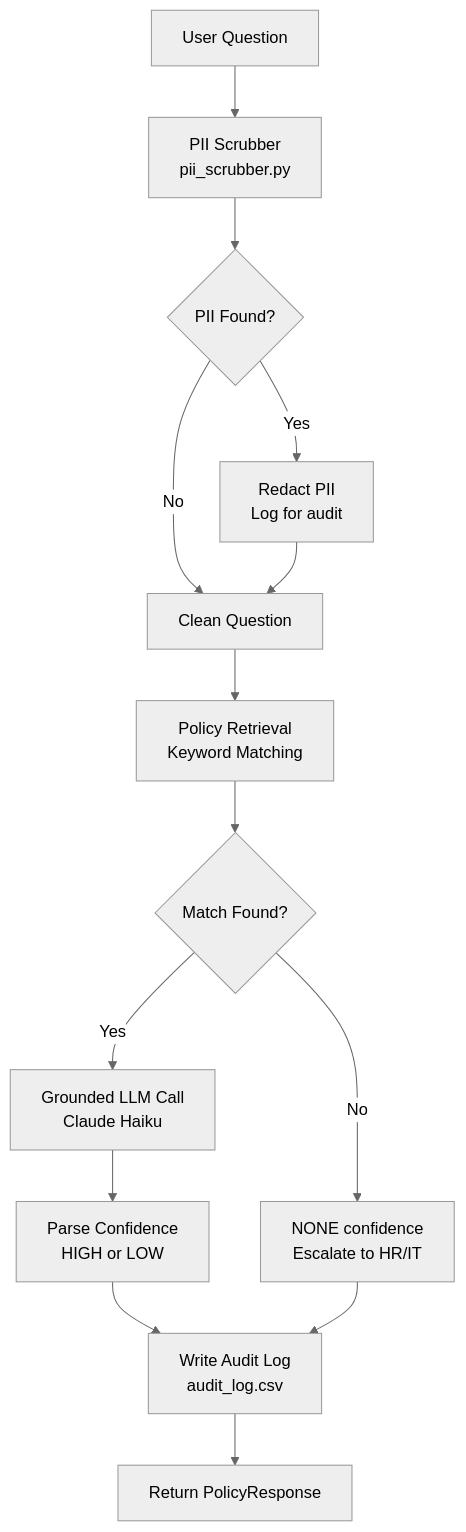
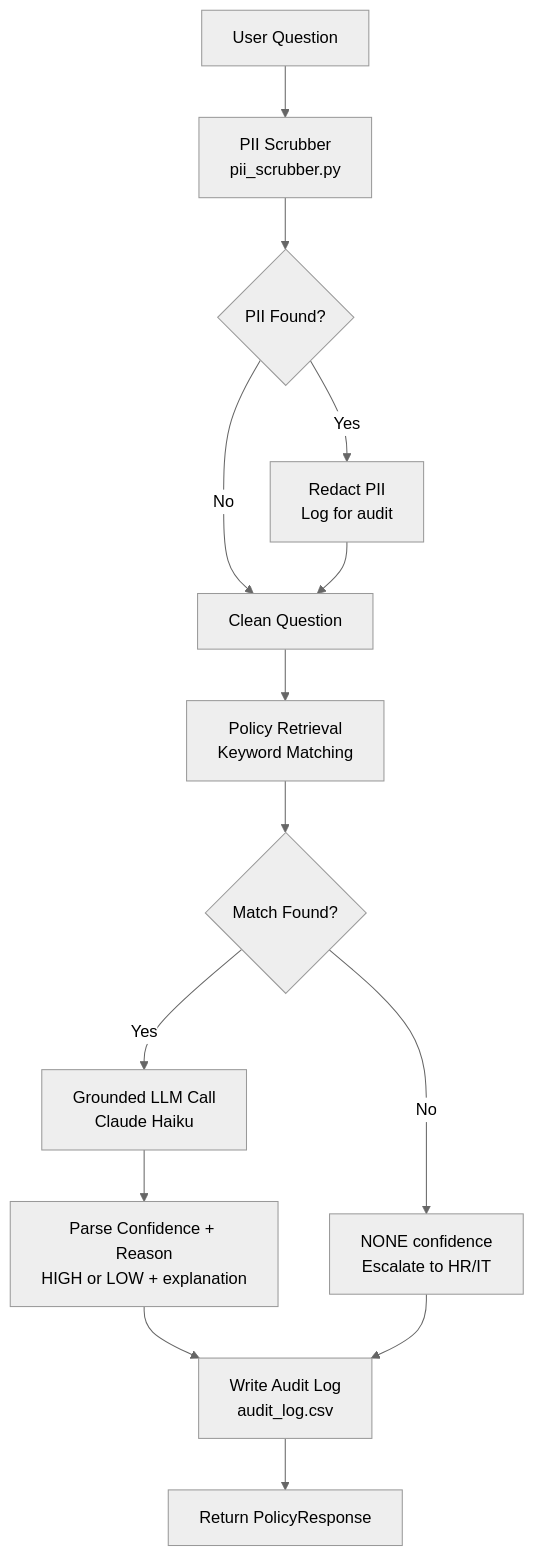
One commit to lightshadow1/policy-pal changed the first of 2 diagrams in AGENTS.md. Above: the diagram before and after it, drawn with Mermaid (neutral theme). The commit also changed other lines of this file and 4 other files, not shown here.

First line of the commit message:
Add confidence_reason — LLM explains its own confidence rating

````diff
--- a/AGENTS.md
+++ b/AGENTS.md
@@ -15,16 +15,16 @@
 ```mermaid
 flowchart TD
     A[User Question] --> B[PII Scrubber\npii_scrubber.py]
     B --> C{PII Found?}
     C -- Yes --> D[Redact PII\nLog for audit]
     C -- No --> E[Clean Question]
     D --> E
     E --> F[Policy Retrieval\nKeyword Matching]
     F --> G{Match Found?}
     G -- No --> H[NONE confidence\nEscalate to HR/IT]
     G -- Yes --> I[Grounded LLM Call\nClaude Haiku]
-    I --> J[Parse Confidence\nHIGH or LOW]
+    I --> J[Parse Confidence + Reason\nHIGH or LOW + explanation]
     J --> K[Write Audit Log\naudit_log.csv]
     K --> L[Return PolicyResponse]
     H --> K
 ```
````
